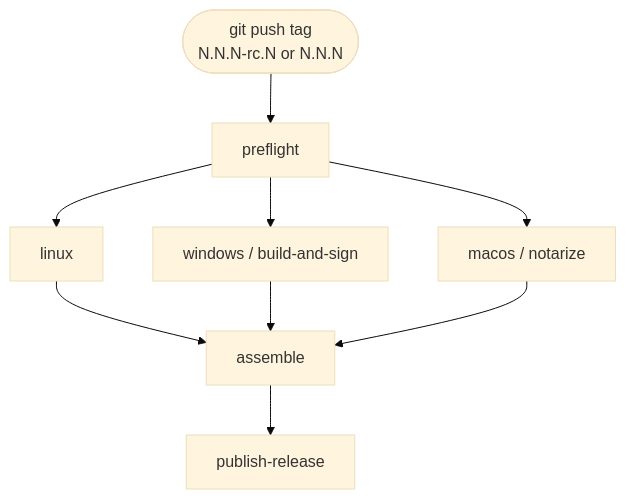
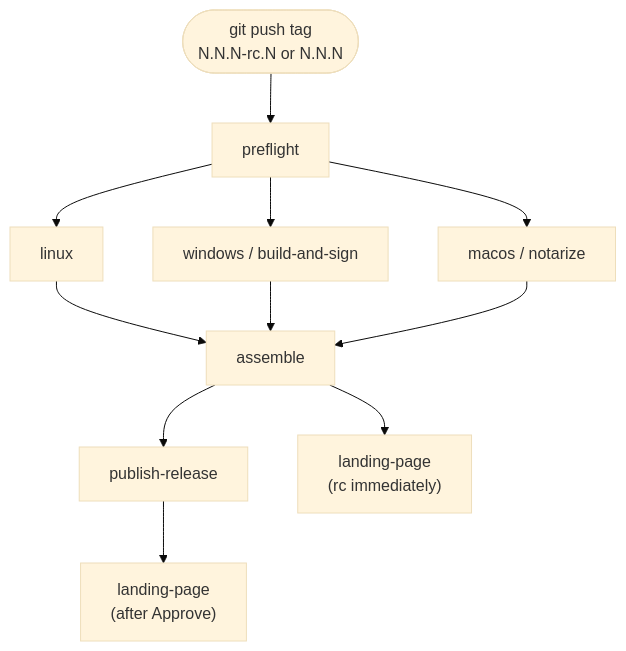
One commit to SensorsINI/jaer changed the diagram in docs/README-releasing-tagging.md. Above: the diagram before and after it, drawn with Mermaid (base theme). The commit also changed other lines of this file and 3 other files, not shown here.

First line of the commit message:
Refresh jaerproject.org after tag assemble

````diff
--- a/docs/README-releasing-tagging.md
+++ b/docs/README-releasing-tagging.md
@@ -17,11 +17,13 @@
 ```mermaid
 flowchart TB
   tag(["git push tag<br/>N.N.N-rc.N or N.N.N"]) --> preflight
   preflight --> linux
   preflight --> windows["windows / build-and-sign"]
   preflight --> macos["macos / notarize"]
   linux --> assemble
   windows --> assemble
   macos --> assemble
   assemble --> pub["publish-release"]
+  assemble --> site["landing-page<br/>(rc immediately)"]
+  pub --> sitePub["landing-page<br/>(after Approve)"]
 ```
````
